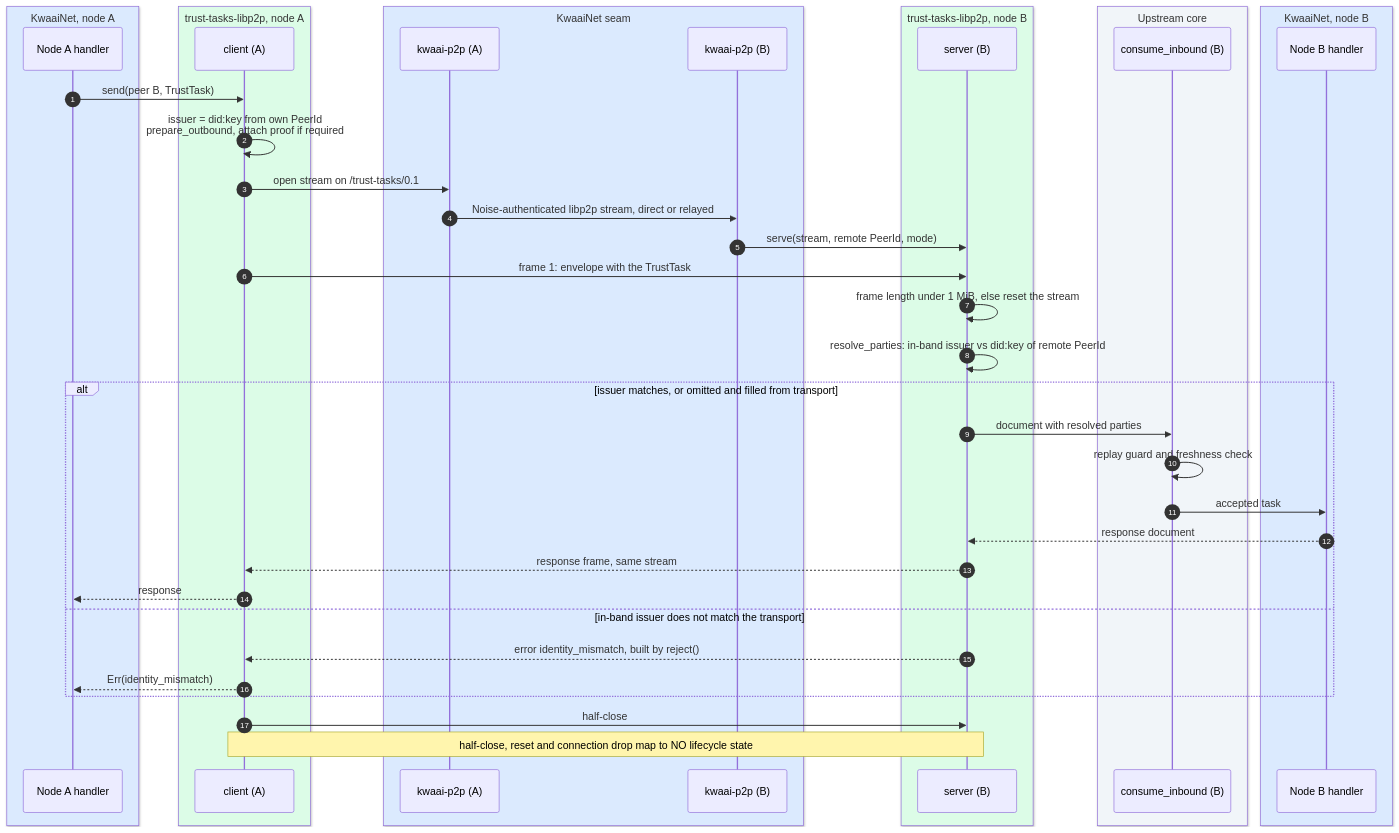
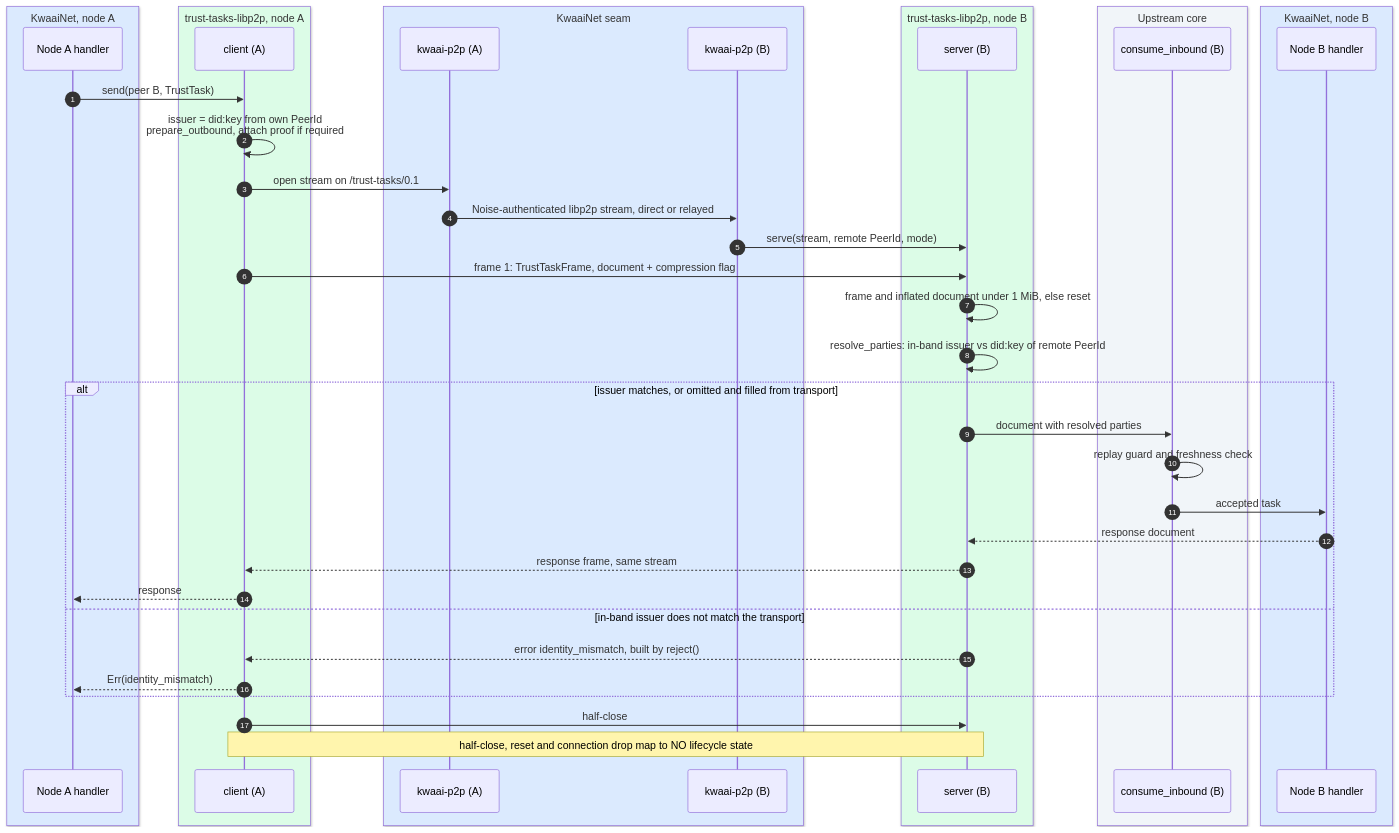
One commit to Kwaai-AI-Lab/KwaaiNet changed the third of 5 diagrams in projects/kwaai-trust/design/DTGWG-TrustStack-diagrams.md. Above: the diagram before and after it, drawn with Mermaid. The commit also changed other lines of this file and 5 other files, not shown here.

````diff
--- a/projects/kwaai-trust/design/DTGWG-TrustStack-diagrams.md
+++ b/projects/kwaai-trust/design/DTGWG-TrustStack-diagrams.md
@@ -189,45 +189,45 @@
 ```mermaid
 sequenceDiagram
     autonumber
     box rgb(219,234,254) KwaaiNet, node A
     participant HA as Node A handler
     end
     box rgb(220,252,231) trust-tasks-libp2p, node A
     participant LA as client (A)
     end
     box rgb(219,234,254) KwaaiNet seam
     participant PA as kwaai-p2p (A)
     participant PB as kwaai-p2p (B)
     end
     box rgb(220,252,231) trust-tasks-libp2p, node B
     participant LB as server (B)
     end
     box rgb(241,245,249) Upstream core
     participant CB as consume_inbound (B)
     end
     box rgb(219,234,254) KwaaiNet, node B
     participant HB as Node B handler
     end
 
     HA->>LA: send(peer B, TrustTask)
     LA->>LA: issuer = did:key from own PeerId<br/>prepare_outbound, attach proof if required
     LA->>PA: open stream on /trust-tasks/0.1
     PA->>PB: Noise-authenticated libp2p stream, direct or relayed
     PB->>LB: serve(stream, remote PeerId, mode)
-    LA->>LB: frame 1: envelope with the TrustTask
-    LB->>LB: frame length under 1 MiB, else reset the stream
+    LA->>LB: frame 1: TrustTaskFrame, document + compression flag
+    LB->>LB: frame and inflated document under 1 MiB, else reset
     LB->>LB: resolve_parties: in-band issuer vs did:key of remote PeerId
     alt issuer matches, or omitted and filled from transport
         LB->>CB: document with resolved parties
         CB->>CB: replay guard and freshness check
         CB->>HB: accepted task
         HB-->>LB: response document
         LB-->>LA: response frame, same stream
         LA-->>HA: response
     else in-band issuer does not match the transport
         LB-->>LA: error identity_mismatch, built by reject()
         LA-->>HA: Err(identity_mismatch)
     end
     LA->>LB: half-close
     Note over LA,LB: half-close, reset and connection drop map to NO lifecycle state
 ```
````
